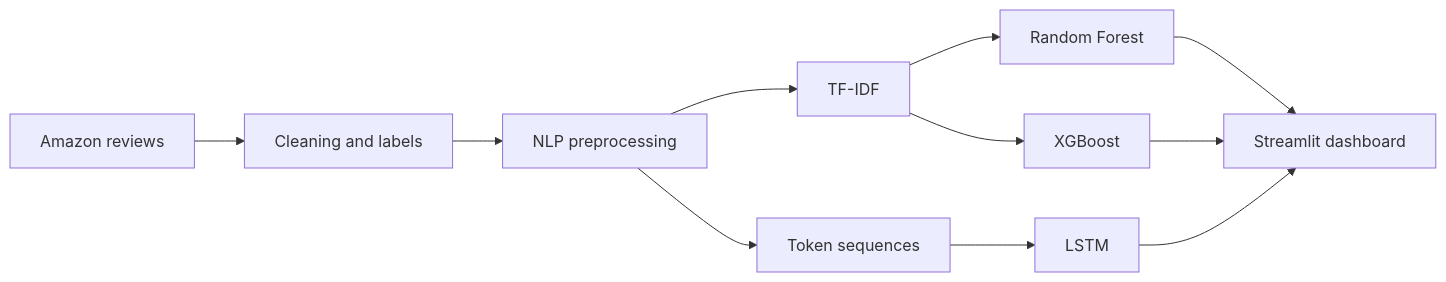
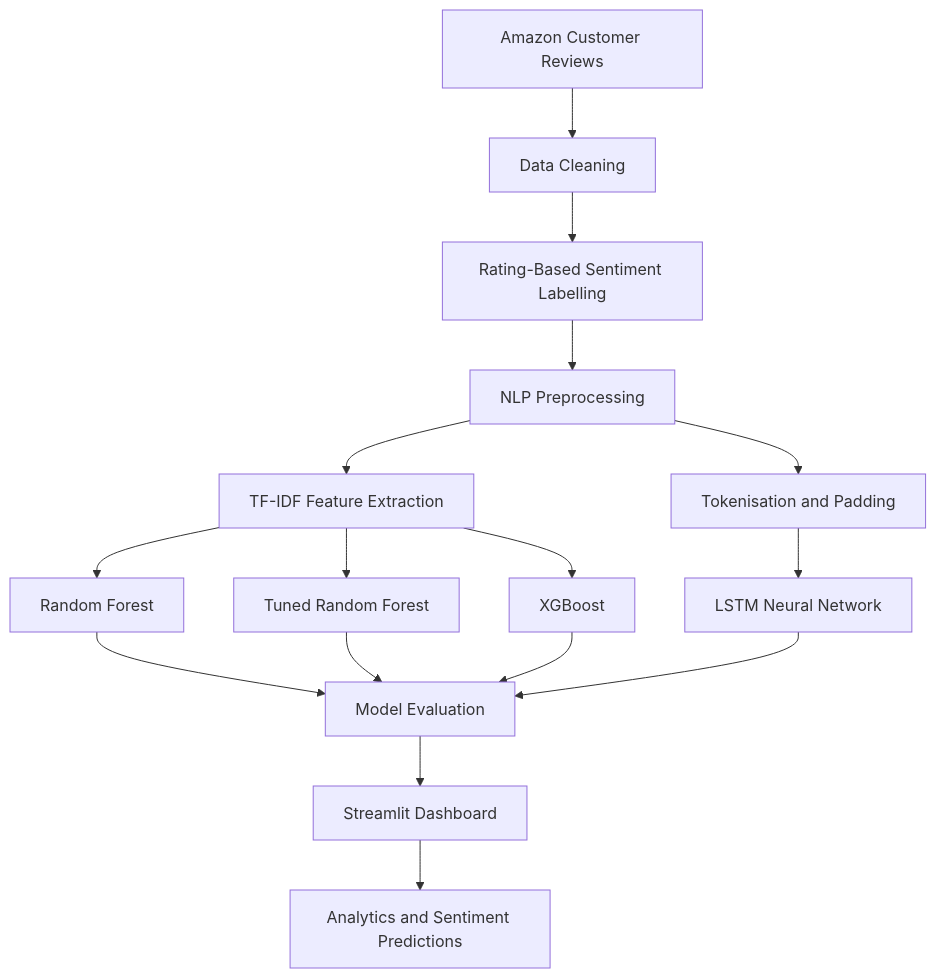
The diagram in README.md (ni-saantt/MarketMind-AI), drawn with Mermaid before and after one commit. The commit also changed other lines of this file, not shown here.

````diff
--- a/README.md
+++ b/README.md
@@ -102,13 +114,18 @@
 ```mermaid
-flowchart LR
-    A[Amazon reviews] --> B[Cleaning and labels]
-    B --> C[NLP preprocessing]
-    C --> D1[TF-IDF]
-    C --> D2[Token sequences]
-    D1 --> E1[Random Forest]
-    D1 --> E2[XGBoost]
-    D2 --> E3[LSTM]
-    E1 --> F[Streamlit dashboard]
-    E2 --> F
-    E3 --> F
+flowchart TD
+    A[Amazon Customer Reviews] --> B[Data Cleaning]
+    B --> C[Rating-Based Sentiment Labelling]
+    C --> D[NLP Preprocessing]
+    D --> E1[TF-IDF Feature Extraction]
+    D --> E2[Tokenisation and Padding]
+    E1 --> F1[Random Forest]
+    E1 --> F2[Tuned Random Forest]
+    E1 --> F3[XGBoost]
+    E2 --> F4[LSTM Neural Network]
+    F1 --> G[Model Evaluation]
+    F2 --> G
+    F3 --> G
+    F4 --> G
+    G --> H[Streamlit Dashboard]
+    H --> I[Analytics and Sentiment Predictions]
 ```
````
